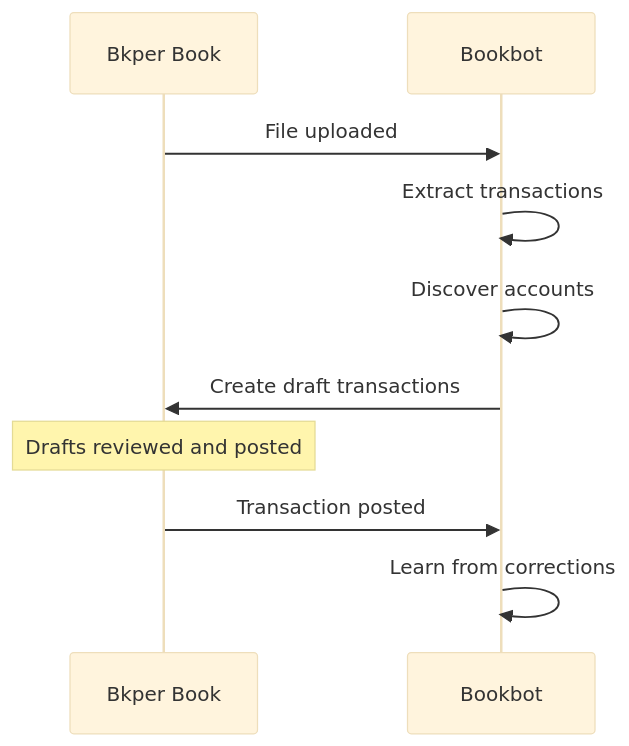
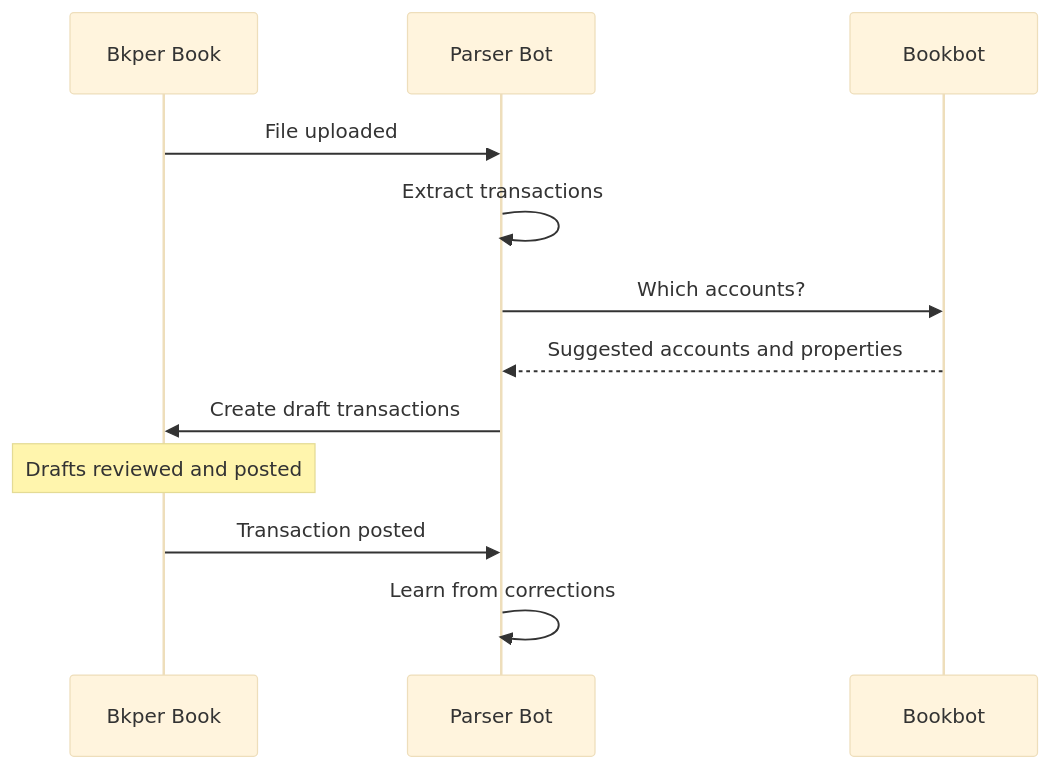
The diagram in parser-bot/README.md (bkper/bkper-apps), drawn with Mermaid (base theme) before and after one commit. The commit also changed other lines of this file, not shown here.

Commit message:
parser-bot: user-facing README for after the handover (sync it then, with Bookbot's)

````diff
--- a/parser-bot/README.md
+++ b/parser-bot/README.md
@@ -9,13 +9,15 @@
 ```mermaid
 sequenceDiagram
     participant Book as Bkper Book
-    participant Agent as Bookbot
+    participant Parser as Parser Bot
+    participant Bookbot as Bookbot
 
-    Book->>Agent: File uploaded
-    Agent->>Agent: Extract transactions
-    Agent->>Agent: Discover accounts
-    Agent->>Book: Create draft transactions
+    Book->>Parser: File uploaded
+    Parser->>Parser: Extract transactions
+    Parser->>Bookbot: Which accounts?
+    Bookbot-->>Parser: Suggested accounts and properties
+    Parser->>Book: Create draft transactions
     Note over Book: Drafts reviewed and posted
-    Book->>Agent: Transaction posted
-    Agent->>Agent: Learn from corrections
+    Book->>Parser: Transaction posted
+    Parser->>Parser: Learn from corrections
 ```
````
